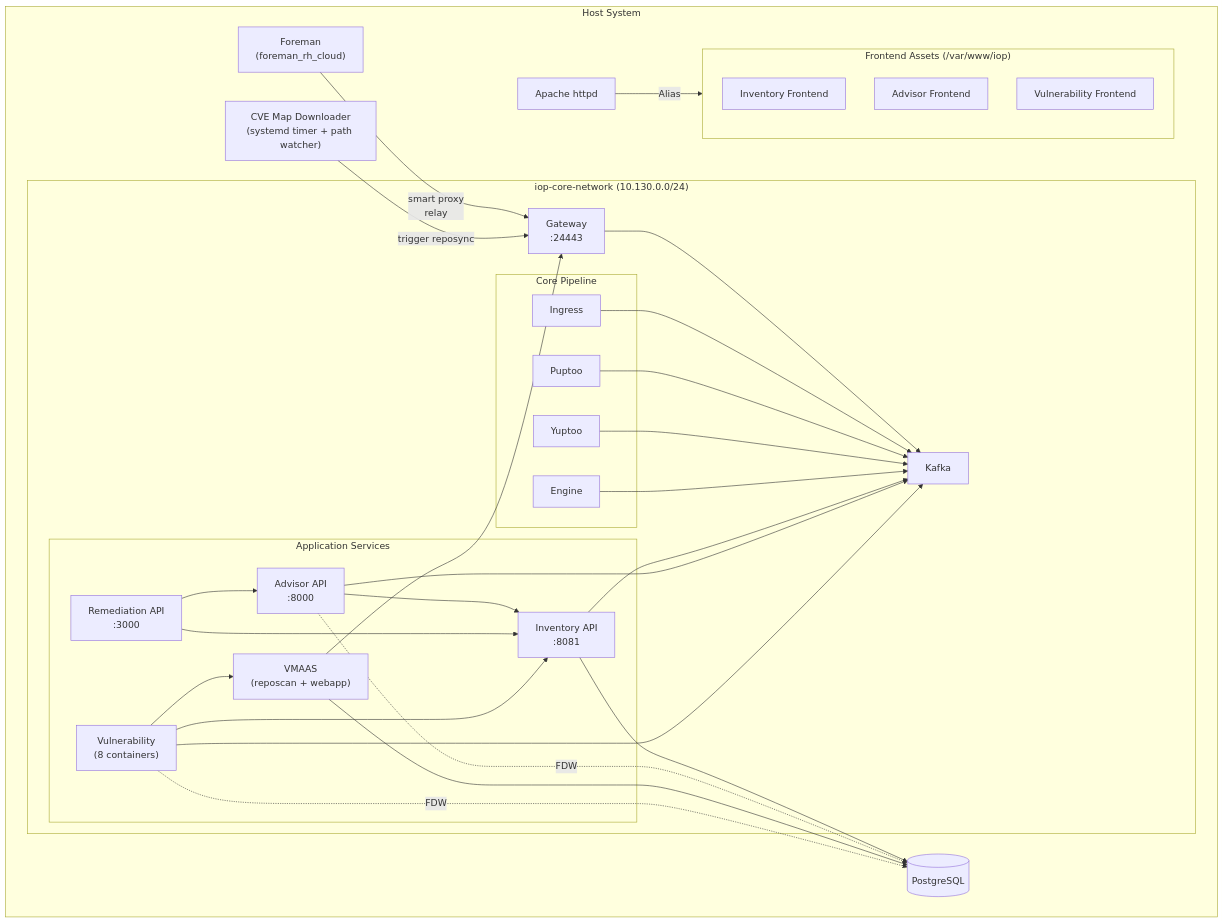
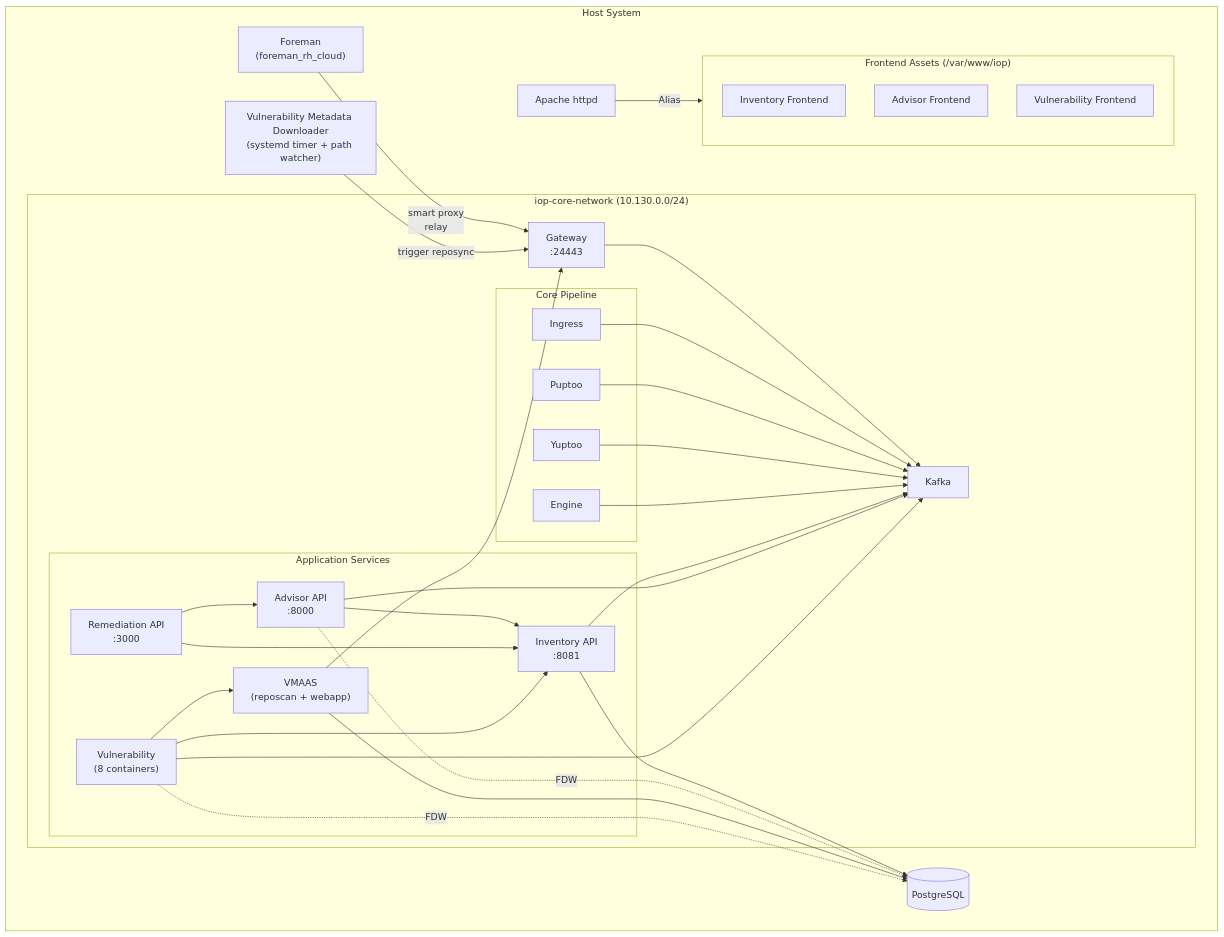
Before and after one commit to theforeman/foremanctl: the first of 2 diagrams in docs/architecture/iop.md, drawn with Mermaid. The commit also changed other lines of this file and 17 other files, not shown here.

First line of the commit message:
feat(iop): merged iop_vuln_metadata_downloader role

````diff
--- a/docs/architecture/iop.md
+++ b/docs/architecture/iop.md
@@ -15,61 +15,61 @@
 ```mermaid
 graph TB
     subgraph Host["Host System"]
         Foreman["Foreman<br/>(foreman_rh_cloud)"]
         Apache["Apache httpd"]
         PG[(PostgreSQL)]
 
         subgraph Network["iop-core-network (10.130.0.0/24)"]
             Kafka[Kafka]
 
             subgraph Core["Core Pipeline"]
                 Ingress[Ingress]
                 Puptoo[Puptoo]
                 Yuptoo[Yuptoo]
                 Engine[Engine]
             end
 
             Gateway["Gateway<br/>:24443"]
 
             subgraph Services["Application Services"]
                 Inventory["Inventory API<br/>:8081"]
                 Advisor["Advisor API<br/>:8000"]
                 Remediation["Remediation API<br/>:3000"]
                 VMAAS["VMAAS<br/>(reposcan + webapp)"]
                 Vuln["Vulnerability<br/>(8 containers)"]
             end
         end
 
         subgraph Frontends["Frontend Assets (/var/www/iop)"]
             InventoryFE[Inventory Frontend]
             AdvisorFE[Advisor Frontend]
             VulnFE[Vulnerability Frontend]
         end
 
-        CVEMap["CVE Map Downloader<br/>(systemd timer + path watcher)"]
+        VulnMeta["Vulnerability Metadata Downloader<br/>(systemd timer + path watcher)"]
     end
 
     Foreman -- "smart proxy<br/>relay" --> Gateway
     Gateway --> Kafka
     Apache -- "Alias" --> Frontends
 
     Ingress --> Kafka
     Puptoo --> Kafka
     Yuptoo --> Kafka
     Engine --> Kafka
 
     Inventory --> Kafka
     Inventory --> PG
     Advisor --> Kafka
     Advisor --> Inventory
     Advisor -. "FDW" .-> PG
     Remediation --> Advisor
     Remediation --> Inventory
     VMAAS --> PG
     VMAAS --> Gateway
     Vuln --> Kafka
     Vuln --> Inventory
     Vuln --> VMAAS
     Vuln -. "FDW" .-> PG
-    CVEMap -- "trigger reposync" --> Gateway
+    VulnMeta -- "trigger reposync" --> Gateway
 ```
````
